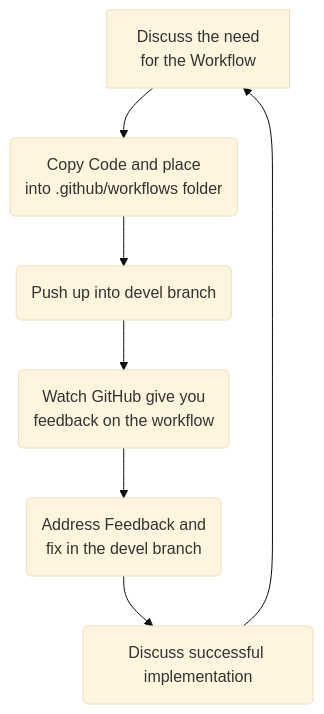
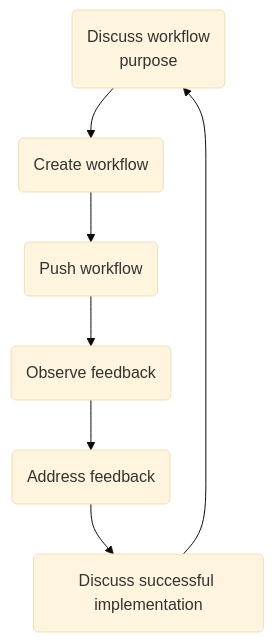
The diagram in presentation/index.qmd (pharmaverse/cicdworkshop.rinpharma2022), drawn with Mermaid (base theme) before and after one commit. The commit also changed other lines of this file and 19 other files, not shown here.

````diff
--- a/presentation/index.qmd
+++ b/presentation/index.qmd
@@ -35,9 +128,9 @@
 ```{mermaid}
 flowchart TD
-  A(Discuss the need <br> for the Workflow) --> B(Copy Code and place <br> into .github/workflows folder)
-  B --> C(Push up into devel branch)
-  C --> D(Watch GitHub give you <br> feedback on the workflow)
-  D --> E(Address Feedback and <br> fix in the devel branch)
+  A(Discuss workflow <br> purpose) --> B(Create workflow)
+  B --> C(Push workflow)
+  C --> D(Observe feedback)
+  D --> E(Address feedback)
   E --> F(Discuss successful implementation)
-  F --> A[Discuss the need <br> for the Workflow]
+  F --> A
 ```
````
